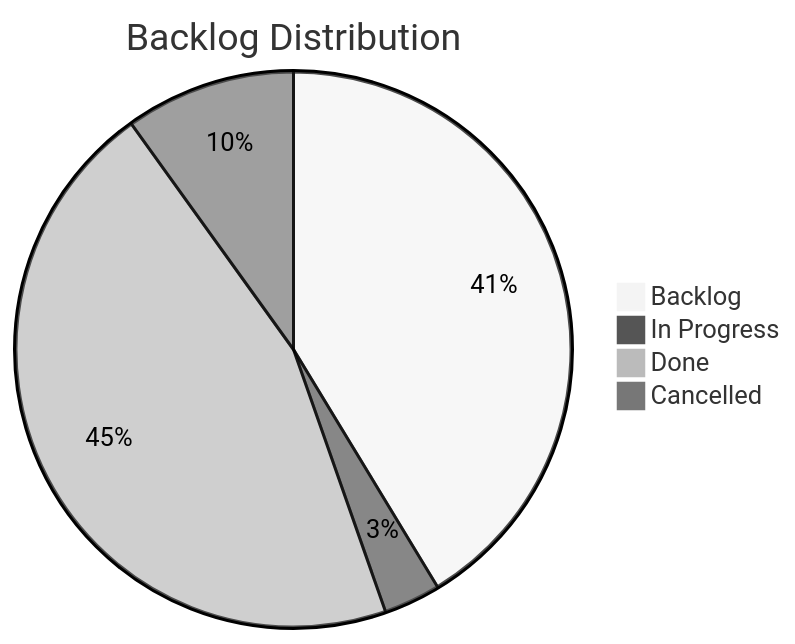
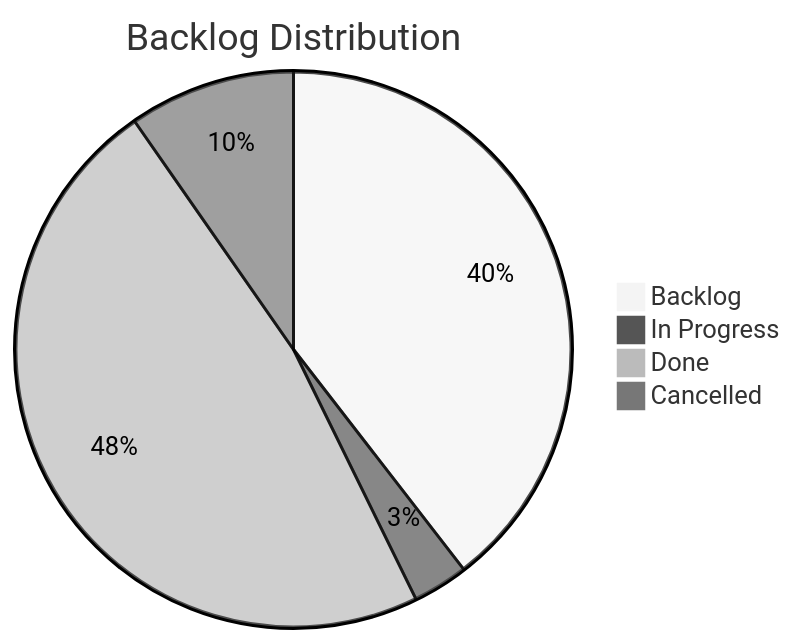
The diagram in docs/board.md (TheCodeCreature/Hytale-Example-Plugin), drawn with Mermaid (neutral theme) before and after one commit. The commit also changed other lines of this file and 17 other files, not shown here.

````diff
--- a/docs/board.md
+++ b/docs/board.md
@@ -7,7 +7,7 @@
 ```mermaid
 pie title Backlog Distribution
-    "Backlog" : 50
+    "Backlog" : 49
     "In Progress" : 4
-    "Done" : 55
+    "Done" : 59
     "Cancelled" : 12
 ```
````
